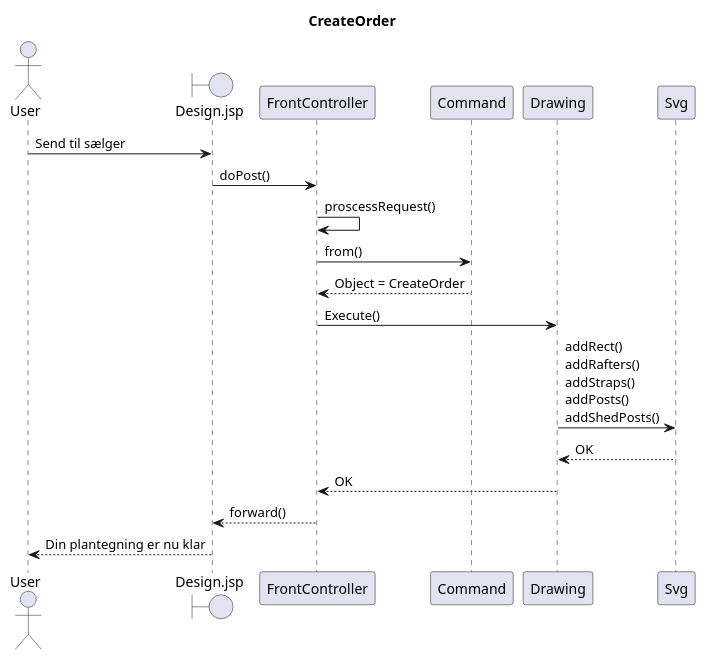
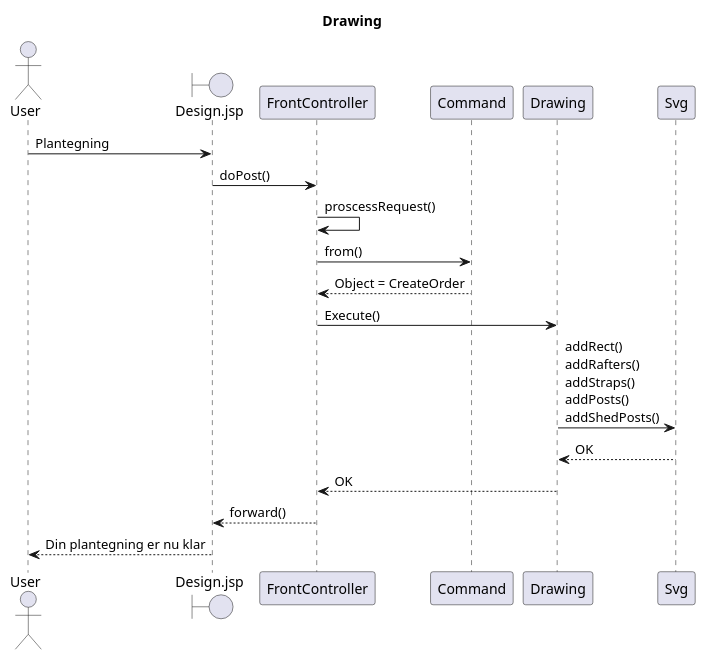
Before and after one commit to thorchris/Fog-carport: the diagram in PlantUML/Drawing_Sequence.puml, drawn with PlantUML. The commit also changed 2 other files, not shown here.

```diff
--- a/PlantUML/Drawing_Sequence.puml
+++ b/PlantUML/Drawing_Sequence.puml
@@ -1,24 +1,24 @@
 @startuml
-       Title CreateOrder
+       Title Drawing
        actor User
        boundary Design.jsp
        participant FrontController
        participant Command
        participant Drawing
        participant Svg
 
 
 
-       User -> Design.jsp : Send til sælger
+       User -> Design.jsp : Plantegning
        Design.jsp -> FrontController : doPost()
        FrontController -> FrontController: proscessRequest()
        FrontController -> Command: from()
        Command --> FrontController: Object = CreateOrder
        FrontController -> Drawing: Execute()
        Drawing -> Svg: addRect()\naddRafters()\naddStraps()\naddPosts()\naddShedPosts()
        Svg --> Drawing: OK
        Drawing --> FrontController: OK
        FrontController --> Design.jsp: forward()
        Design.jsp --> User: Din plantegning er nu klar
 
        @enduml
```
